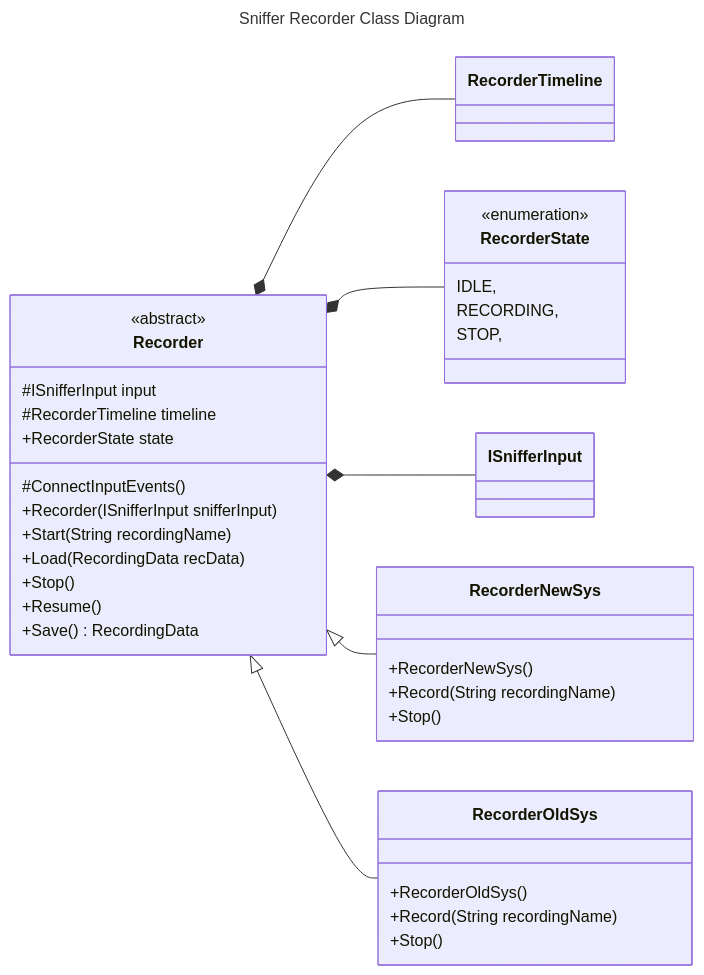
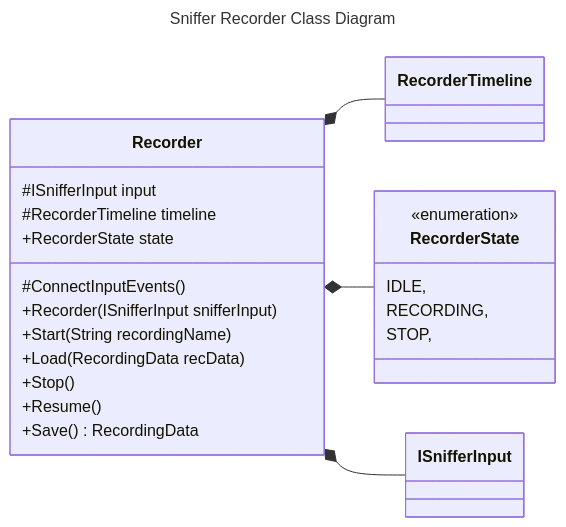
The third of 5 diagrams in sniffer_vault/Architecture/Sniffer Class Diagrams.md (cmcm21/QAUnityTool), drawn with Mermaid before and after one commit. The commit also changed other lines of this file and 2 other files, not shown here.

Commit message:
input class diagram updated

````diff
--- a/sniffer_vault/Architecture/Sniffer Class Diagrams.md
+++ b/sniffer_vault/Architecture/Sniffer Class Diagrams.md
@@ -89,47 +104,32 @@
 ```mermaid
 ---
 title: Sniffer Recorder Class Diagram
 ---
 classDiagram
 direction LR
 class Recorder{
-<<abstract>>
 	#ISnifferInput input
 	#RecorderTimeline timeline
 	#ConnectInputEvents()
 	 
 	+RecorderState state
 	+Recorder(ISnifferInput snifferInput)
 	+Start(String recordingName)	
 	+Load(RecordingData recData) 
 	+Stop()
 	+Resume()
 	+Save() RecordingData
 }
 
 class RecorderState{
 <<enumeration>>
 	IDLE,
 	RECORDING,
 	STOP,
 }
 
-class RecorderNewSys{
-	+RecorderNewSys()
-	+Record(String recordingName)
-	+Stop() 
-}
-
-class RecorderOldSys{
-	+RecorderOldSys()
-	+Record(String recordingName)
-	+Stop()
-}
-
 Recorder*--RecorderTimeline
 Recorder*--RecorderState
 Recorder*--ISnifferInput
-Recorder<|--RecorderNewSys
-Recorder<|--RecorderOldSys
 
 ```
````
